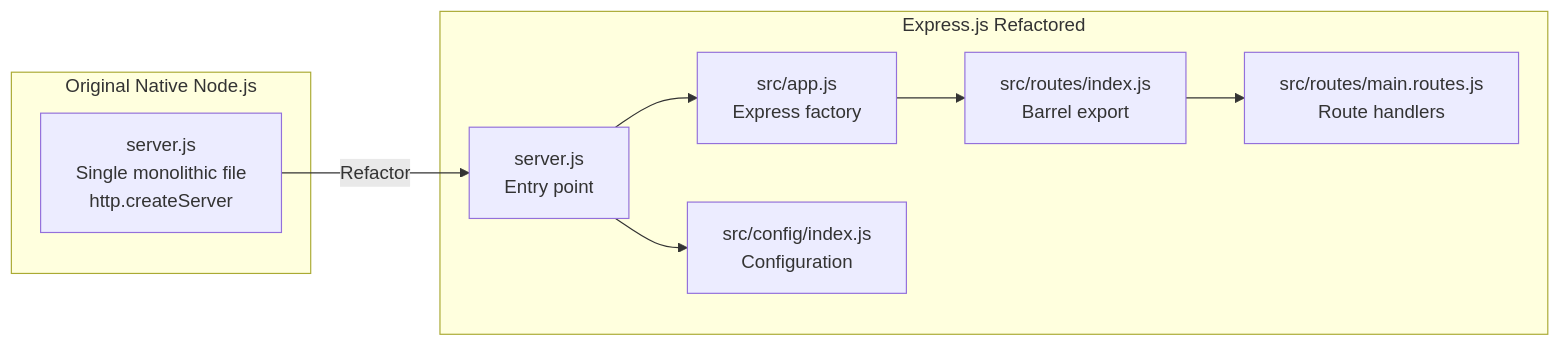
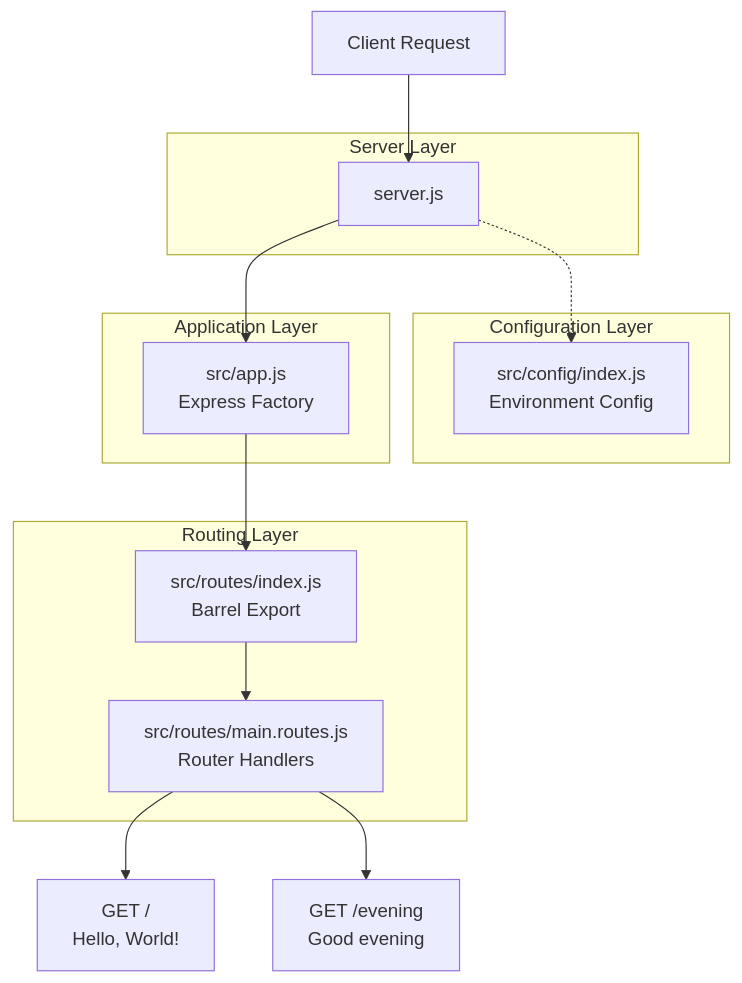
The first of 2 diagrams in blitzy/documentation/Technical Specifications.md (sudhanshu-spec/test-spec), drawn with Mermaid before and after one commit. The commit also changed other lines of this file, not shown here.

````diff
--- a/blitzy/documentation/Technical Specifications.md
+++ b/blitzy/documentation/Technical Specifications.md
@@ -64,20 +248,29 @@
 ```mermaid
-flowchart LR
-    subgraph Original["Original Native Node.js"]
-        A[server.js<br/>Single monolithic file<br/>http.createServer]
+graph TD
+    A[Client Request] --> B[server.js]
+    B --> C[src/app.js<br/>Express Factory]
+    C --> D[src/routes/index.js<br/>Barrel Export]
+    D --> E[src/routes/main.routes.js<br/>Router Handlers]
+    
+    B -.-> F[src/config/index.js<br/>Environment Config]
+    
+    E --> G["GET /<br/>Hello, World!"]
+    E --> H["GET /evening<br/>Good evening"]
+    
+    subgraph "Configuration Layer"
+        F
     end
     
-    subgraph Target["Express.js Refactored"]
-        B[server.js<br/>Entry point]
-        C[src/app.js<br/>Express factory]
-        D[src/config/index.js<br/>Configuration]
-        E[src/routes/index.js<br/>Barrel export]
-        F[src/routes/main.routes.js<br/>Route handlers]
+    subgraph "Routing Layer"
+        D
+        E
     end
     
-    A -->|"Refactor"| B
-    B --> C
-    B --> D
-    C --> E
-    E --> F
+    subgraph "Application Layer"
+        C
+    end
+    
+    subgraph "Server Layer"
+        B
+    end
 ```
````
